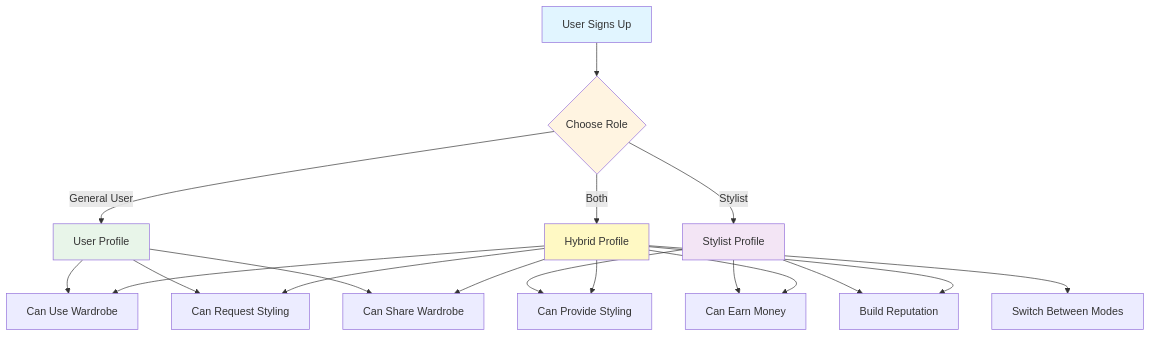
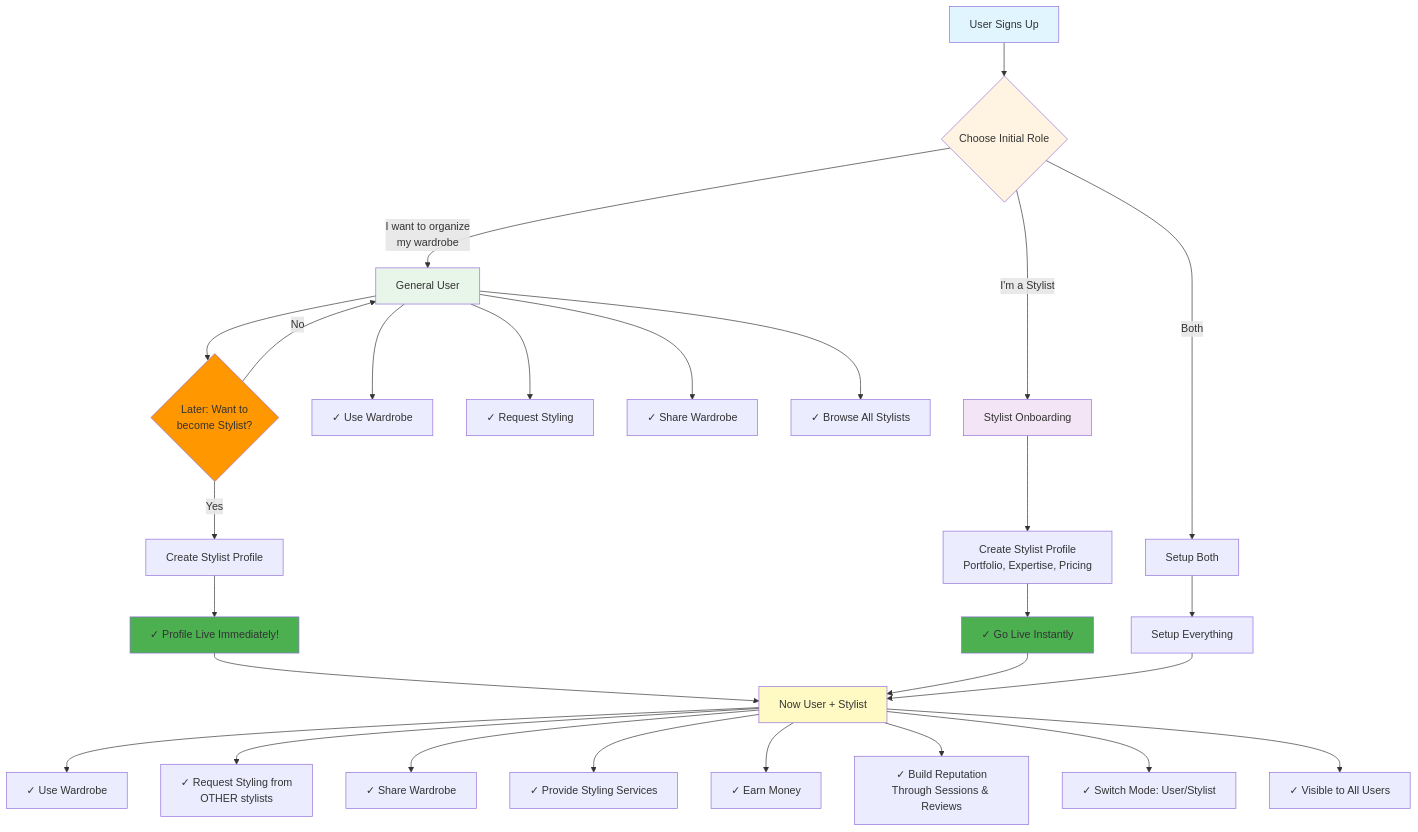
One commit to hrshkshri/my-wardrobe changed the first of 13 diagrams in docs/DIAGRAMS.md. Above: the diagram before and after it, drawn with Mermaid. The commit also changed other lines of this file, not shown here.

First line of the commit message:
Docs: Update all documentation with organized user flows

````diff
--- a/docs/DIAGRAMS.md
+++ b/docs/DIAGRAMS.md
@@ -26,29 +31,44 @@
 ```mermaid
 graph TB
-    A[User Signs Up] --> B{Choose Role}
-    B -->|General User| C[User Profile]
-    B -->|Stylist| D[Stylist Profile]
-    B -->|Both| E[Hybrid Profile]
+    A[User Signs Up] --> B{Choose Initial Role}
 
-    C --> F[Can Use Wardrobe]
-    C --> G[Can Request Styling]
-    C --> H[Can Share Wardrobe]
+    B -->|I want to organize<br/>my wardrobe| C[General User]
+    B -->|I'm a Stylist| D[Stylist Onboarding]
+    B -->|Both| E[Setup Both]
 
-    D --> I[Can Provide Styling]
-    D --> J[Can Earn Money]
-    D --> K[Build Reputation]
+    C --> CF[✓ Use Wardrobe]
+    C --> CG[✓ Request Styling]
+    C --> CH[✓ Share Wardrobe]
+    C --> CBrowse[✓ Browse All Stylists]
 
-    E --> F
-    E --> G
-    E --> H
-    E --> I
-    E --> J
-    E --> K
-    E --> L[Switch Between Modes]
+    C --> Upgrade{Later: Want to<br/>become Stylist?}
+    Upgrade -->|Yes| UpgradeFlow[Create Stylist Profile]
+    UpgradeFlow --> InstantLive[✓ Profile Live Immediately!]
+    InstantLive --> Stylist[Now User + Stylist]
+    Upgrade -->|No| C
+
+    D --> DProfile[Create Stylist Profile<br/>Portfolio, Expertise, Pricing]
+    DProfile --> DInstant[✓ Go Live Instantly]
+    DInstant --> Stylist
+
+    E --> EProfile[Setup Everything]
+    EProfile --> Stylist
+
+    Stylist --> SF[✓ Use Wardrobe]
+    Stylist --> SG[✓ Request Styling from<br/>OTHER stylists]
+    Stylist --> SH[✓ Share Wardrobe]
+    Stylist --> SI[✓ Provide Styling Services]
+    Stylist --> SJ[✓ Earn Money]
+    Stylist --> SK[✓ Build Reputation<br/>Through Sessions & Reviews]
+    Stylist --> SL[✓ Switch Mode: User/Stylist]
+    Stylist --> SM[✓ Visible to All Users]
 
     style A fill:#e1f5ff
     style B fill:#fff4e1
     style C fill:#e8f5e9
+    style Stylist fill:#fff9c4
+    style Upgrade fill:#FF9800
     style D fill:#f3e5f5
-    style E fill:#fff9c4
+    style InstantLive fill:#4CAF50
+    style DInstant fill:#4CAF50
 ```
````
